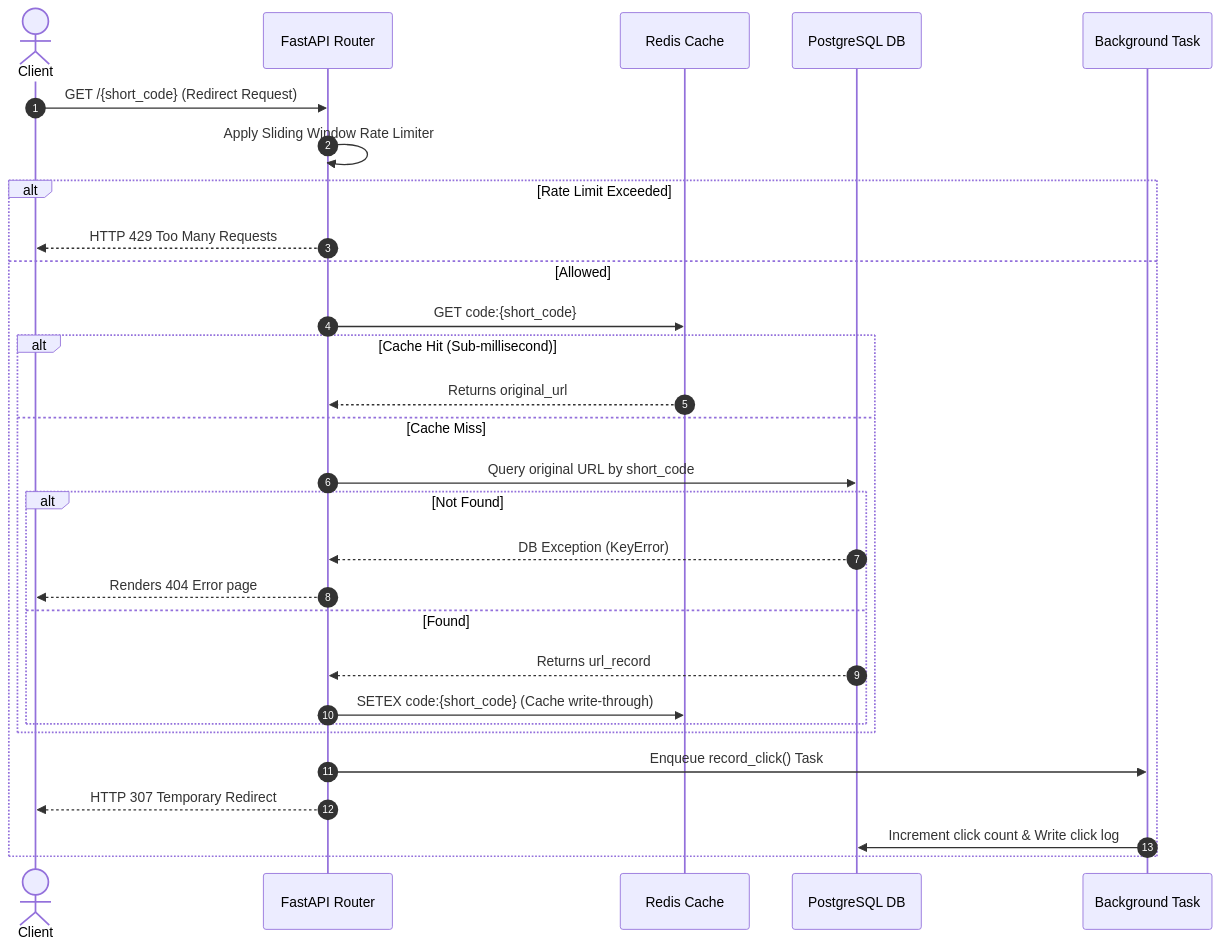
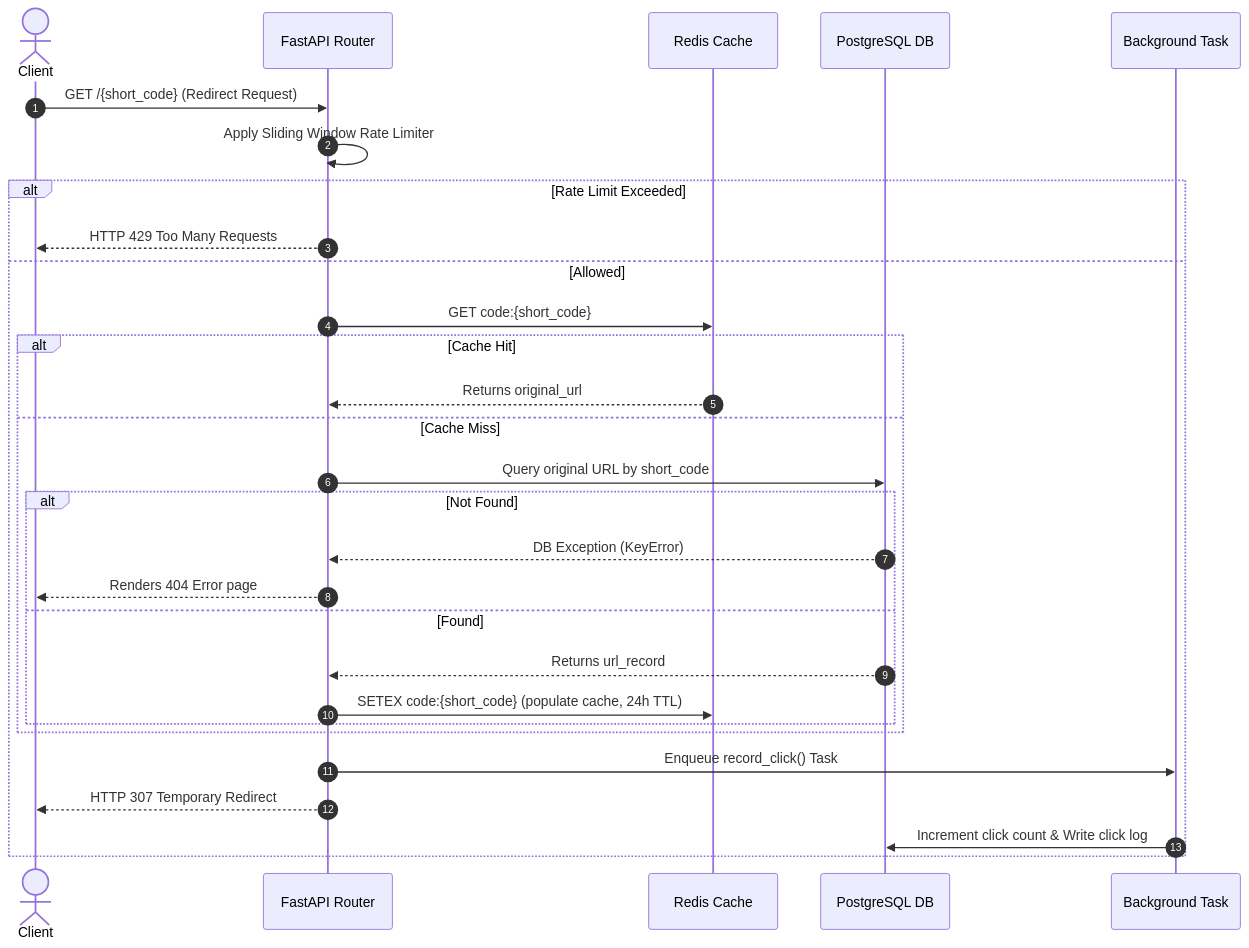
Before and after one commit to Charanloyal/Octoscale-URL-Shortener: the diagram in README.md, drawn with Mermaid. The commit also changed other lines of this file and 1 other file, not shown here.

````diff
--- a/README.md
+++ b/README.md
@@ -48,32 +49,32 @@
 ```mermaid
 sequenceDiagram
     autonumber
     actor Client
     participant API as FastAPI Router
     participant Redis as Redis Cache
     participant DB as PostgreSQL DB
     participant BG as Background Task
 
     Client->>API: GET /{short_code} (Redirect Request)
     API->>API: Apply Sliding Window Rate Limiter
     alt Rate Limit Exceeded
         API-->>Client: HTTP 429 Too Many Requests
     else Allowed
         API->>Redis: GET code:{short_code}
-        alt Cache Hit (Sub-millisecond)
+        alt Cache Hit
             Redis-->>API: Returns original_url
         else Cache Miss
             API->>DB: Query original URL by short_code
             alt Not Found
                 DB-->>API: DB Exception (KeyError)
                 API-->>Client: Renders 404 Error page
             else Found
                 DB-->>API: Returns url_record
-                API->>Redis: SETEX code:{short_code} (Cache write-through)
+                API->>Redis: SETEX code:{short_code} (populate cache, 24h TTL)
             end
         end
         API->>BG: Enqueue record_click() Task
         API-->>Client: HTTP 307 Temporary Redirect
         BG->>DB: Increment click count & Write click log
     end
 ```
````
